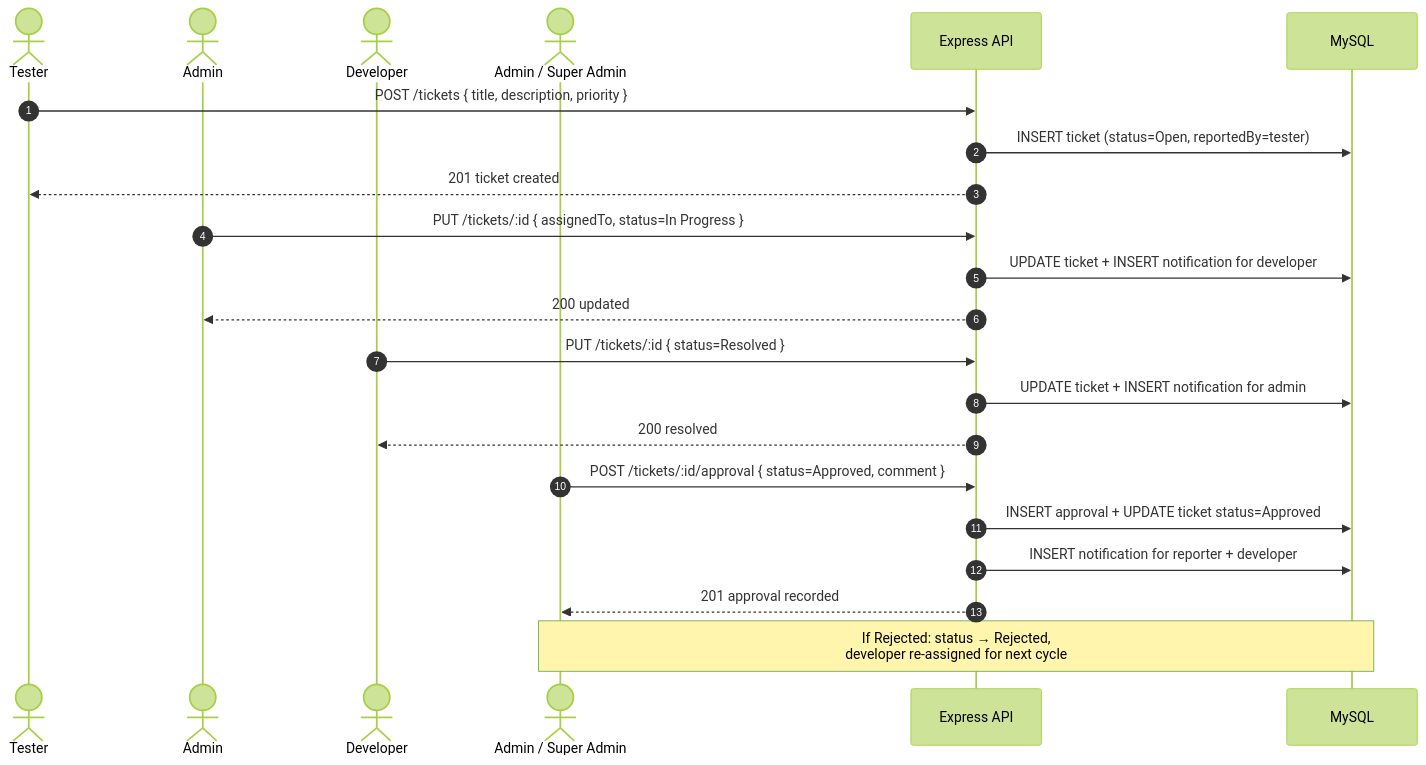
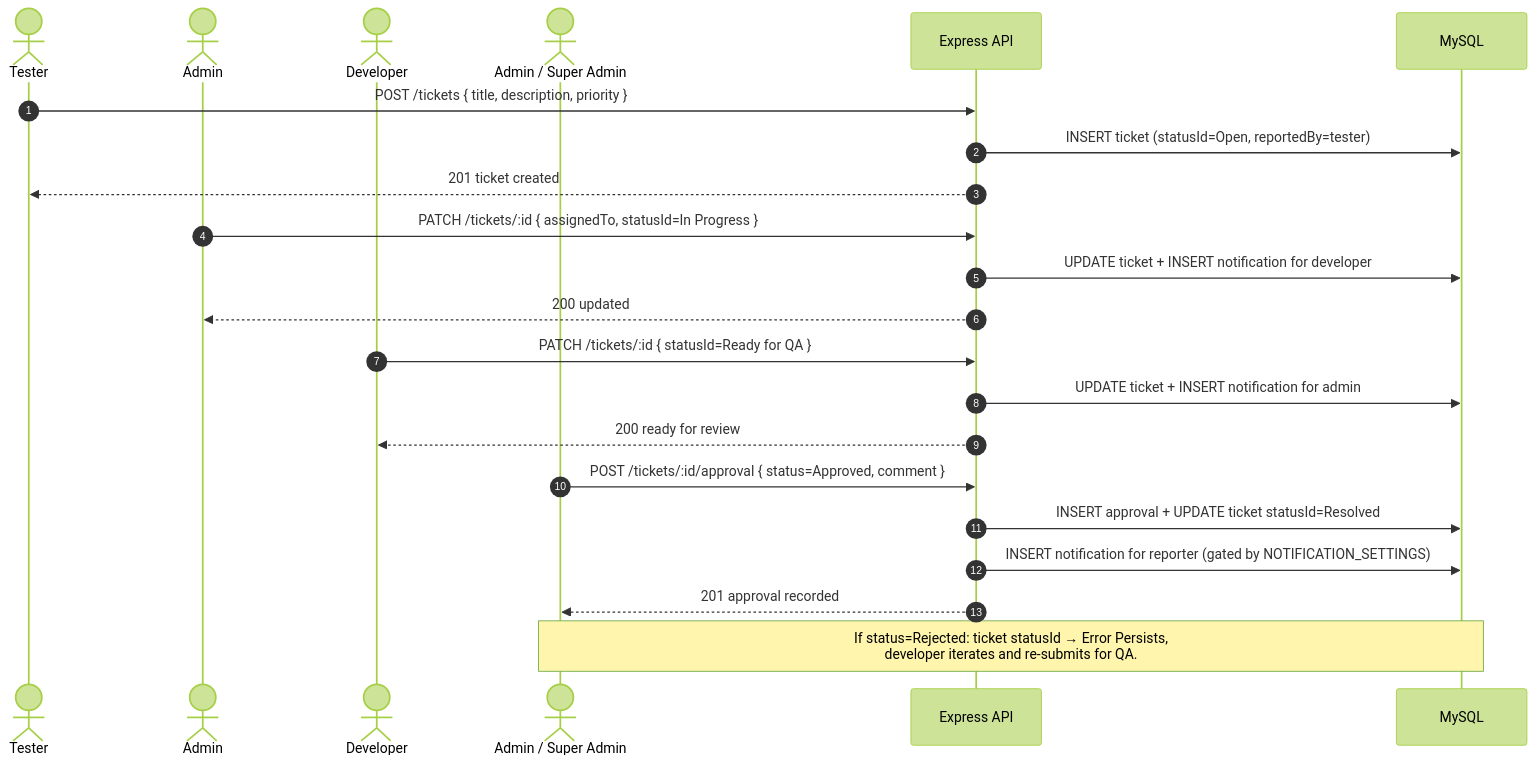
One commit to Asciente-rks/service-ticket-system changed the third of 5 diagrams in README.md. Above: the diagram before and after it, drawn with Mermaid (forest theme). The commit also changed other lines of this file, not shown here.

````diff
--- a/README.md
+++ b/README.md
@@ -121,29 +121,29 @@
 ```mermaid
 sequenceDiagram
     autonumber
     actor Tester
     actor Admin
     actor Developer
     actor Approver as Admin / Super Admin
     participant API as Express API
     participant DB as MySQL
 
     Tester->>API: POST /tickets { title, description, priority }
-    API->>DB: INSERT ticket (status=Open, reportedBy=tester)
+    API->>DB: INSERT ticket (statusId=Open, reportedBy=tester)
     API-->>Tester: 201 ticket created
 
-    Admin->>API: PUT /tickets/:id { assignedTo, status=In Progress }
+    Admin->>API: PATCH /tickets/:id { assignedTo, statusId=In Progress }
     API->>DB: UPDATE ticket + INSERT notification for developer
     API-->>Admin: 200 updated
 
-    Developer->>API: PUT /tickets/:id { status=Resolved }
+    Developer->>API: PATCH /tickets/:id { statusId=Ready for QA }
     API->>DB: UPDATE ticket + INSERT notification for admin
-    API-->>Developer: 200 resolved
+    API-->>Developer: 200 ready for review
 
     Approver->>API: POST /tickets/:id/approval { status=Approved, comment }
-    API->>DB: INSERT approval + UPDATE ticket status=Approved
-    API->>DB: INSERT notification for reporter + developer
+    API->>DB: INSERT approval + UPDATE ticket statusId=Resolved
+    API->>DB: INSERT notification for reporter (gated by NOTIFICATION_SETTINGS)
     API-->>Approver: 201 approval recorded
 
-    Note over Approver,DB: If Rejected: status → Rejected,<br/>developer re-assigned for next cycle
+    Note over Approver,DB: If status=Rejected: ticket statusId → Error Persists,<br/>developer iterates and re-submits for QA.
 ```
````
